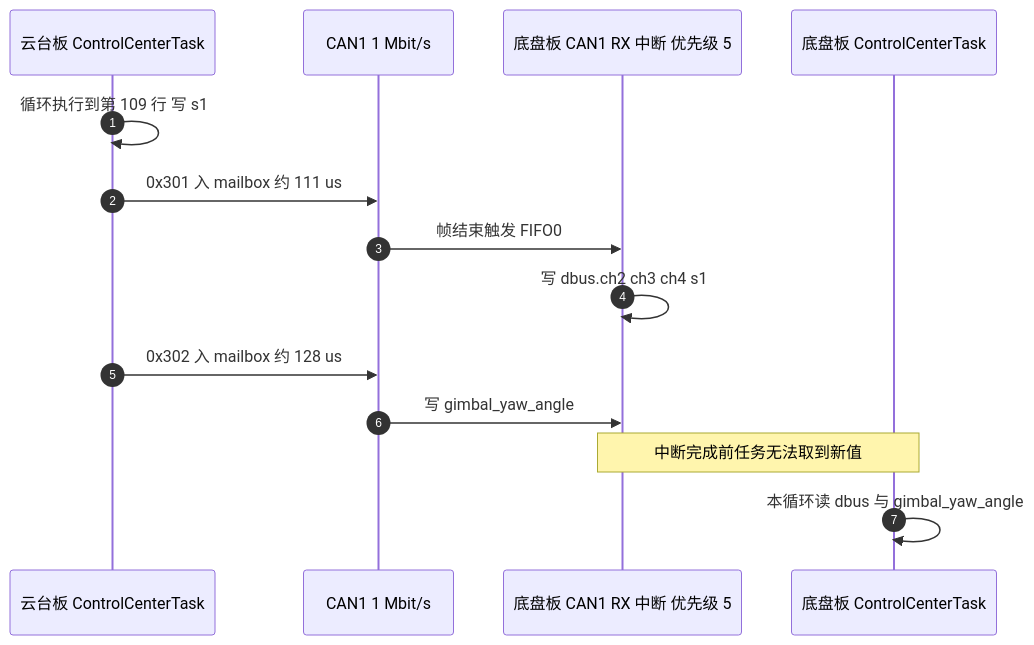
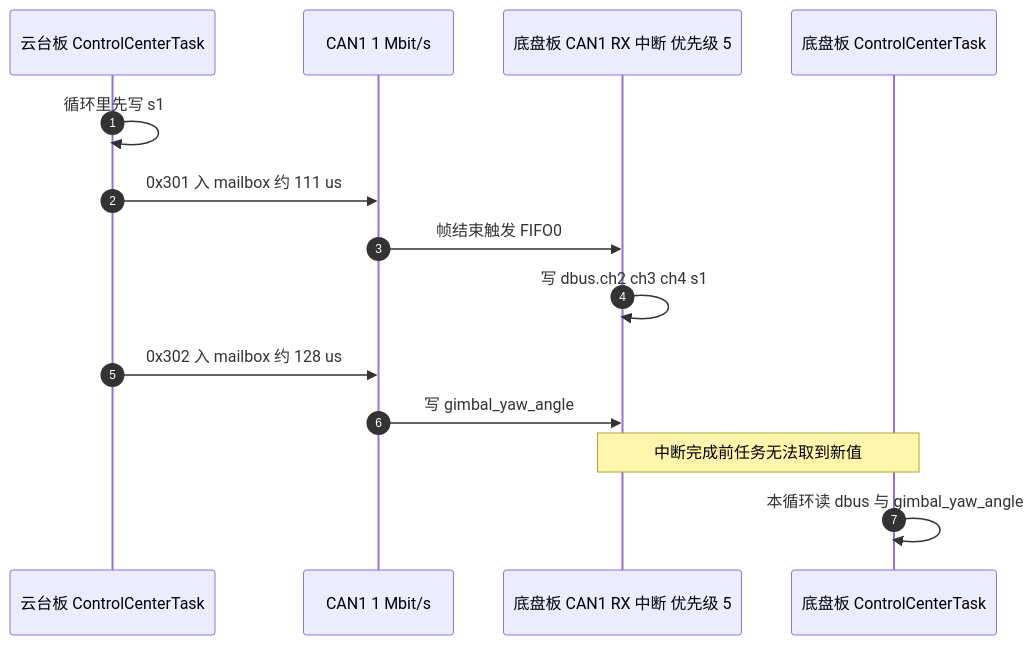
One commit to TC635807/TC63PersonalWebsite changed the first of 2 diagrams in docs/09-嵌入式软件架构/03-上下板分工与CAN拓扑/03-跨板时序.md. Above: the diagram before and after it, drawn with Mermaid. The commit also changed other lines of this file and 563 other files, not shown here.

````diff
--- a/docs/09-嵌入式软件架构/03-上下板分工与CAN拓扑/03-跨板时序.md
+++ b/docs/09-嵌入式软件架构/03-上下板分工与CAN拓扑/03-跨板时序.md
@@ -62,16 +83,16 @@
 ```mermaid
 sequenceDiagram
   autonumber
   participant GT as 云台板 ControlCenterTask
   participant BUS as CAN1 1 Mbit/s
   participant CI as 底盘板 CAN1 RX 中断 优先级 5
   participant CT as 底盘板 ControlCenterTask
-  GT->>GT: 循环执行到第 109 行 写 s1
+  GT->>GT: 循环里先写 s1
   GT->>BUS: 0x301 入 mailbox 约 111 us
   BUS->>CI: 帧结束触发 FIFO0
   CI->>CI: 写 dbus.ch2 ch3 ch4 s1
   GT->>BUS: 0x302 入 mailbox 约 128 us
   BUS->>CI: 写 gimbal_yaw_angle
   Note over CI,CT: 中断完成前任务无法取到新值
   CT->>CT: 本循环读 dbus 与 gimbal_yaw_angle
 ```
````
